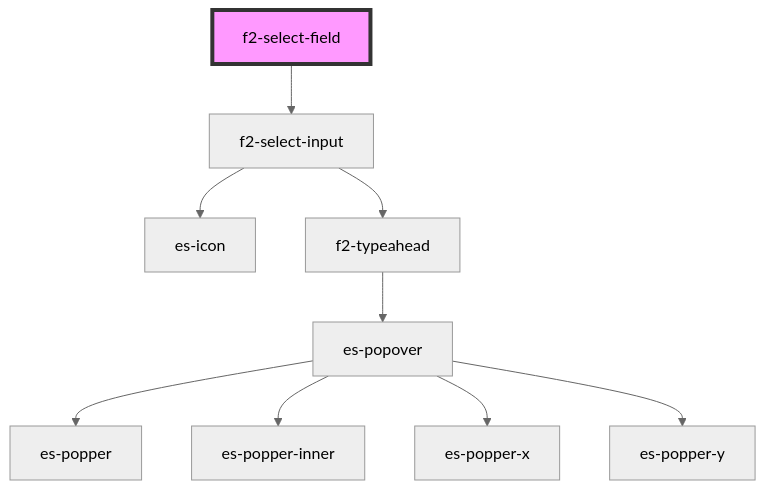
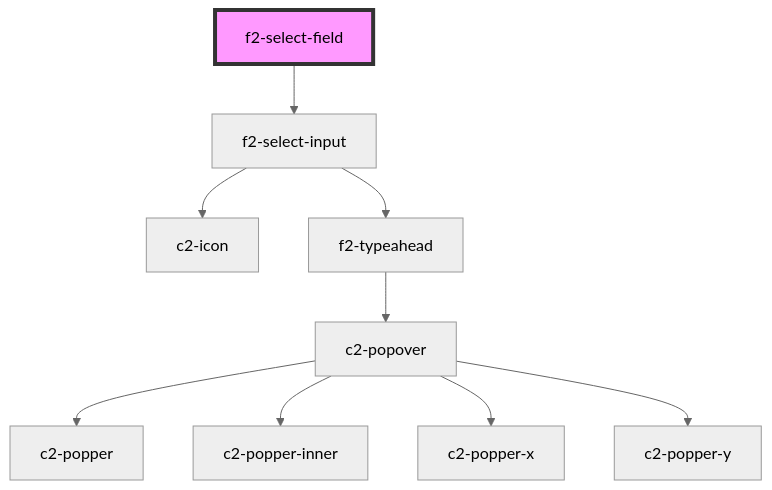
The diagram in packages/fields/src/components/select/field/readme.md (EventStore/Design-System), drawn with Mermaid (neutral theme) before and after one commit. The commit also changed 512 other files, not shown here.

````diff
--- a/packages/fields/src/components/select/field/readme.md
+++ b/packages/fields/src/components/select/field/readme.md
@@ -94,12 +94,12 @@
 ```mermaid
 graph TD;
   f2-select-field --> f2-select-input
-  f2-select-input --> es-icon
+  f2-select-input --> c2-icon
   f2-select-input --> f2-typeahead
-  f2-typeahead --> es-popover
-  es-popover --> es-popper
-  es-popover --> es-popper-inner
-  es-popover --> es-popper-x
-  es-popover --> es-popper-y
+  f2-typeahead --> c2-popover
+  c2-popover --> c2-popper
+  c2-popover --> c2-popper-inner
+  c2-popover --> c2-popper-x
+  c2-popover --> c2-popper-y
   style f2-select-field fill:#f9f,stroke:#333,stroke-width:4px
 ```
````
